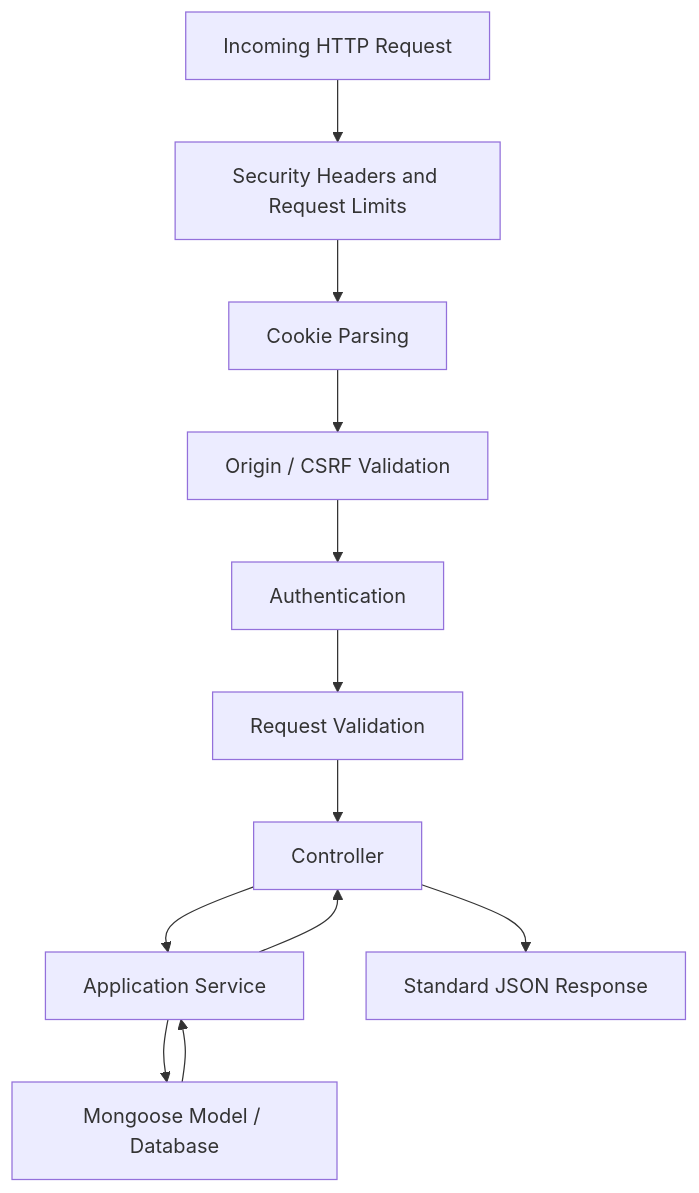
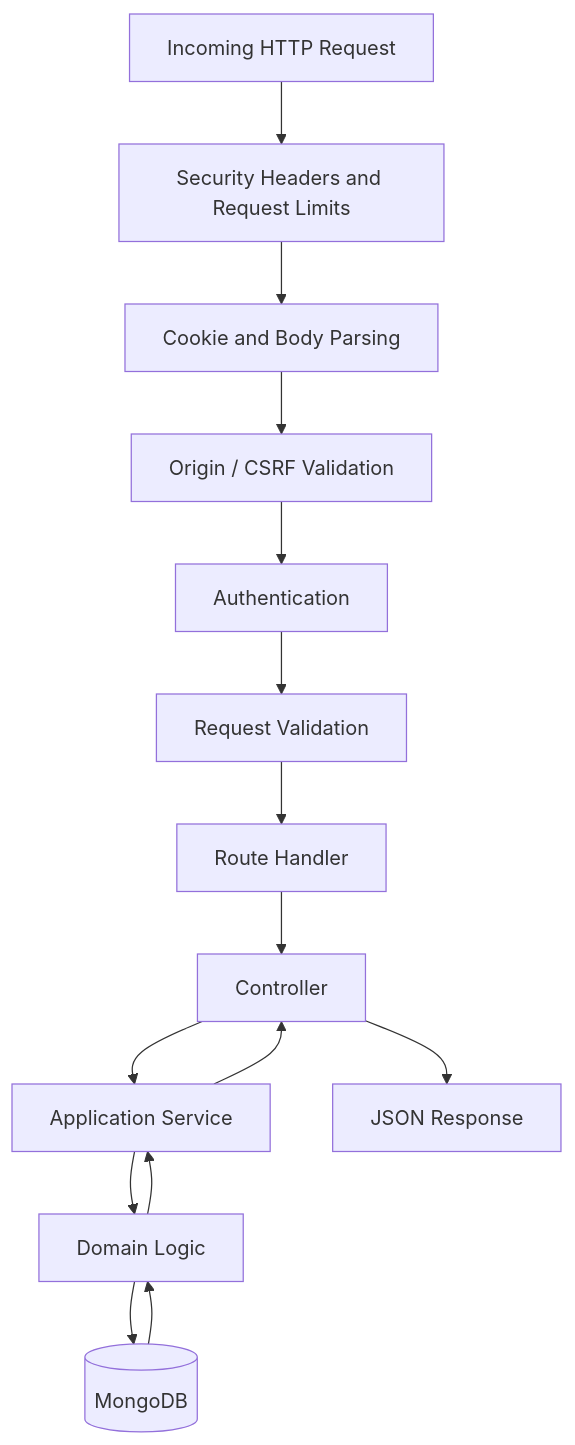
Before and after one commit to Swayam-Aggarwal/ContractGuard: the fourth of 8 diagrams in docs/Architecture.md, drawn with Mermaid. The commit also changed other lines of this file and 32 other files, not shown here.

````diff
--- a/docs/Architecture.md
+++ b/docs/Architecture.md
@@ -310,25 +469,30 @@
 ```mermaid
 flowchart TD
-    Request["Incoming HTTP Request"]
-    Security["Security Headers and Request Limits"]
-    Cookies["Cookie Parsing"]
-    Origin["Origin / CSRF Validation"]
-    Auth["Authentication"]
-    Validate["Request Validation"]
-    Controller["Controller"]
-    Service["Application Service"]
-    Repository["Mongoose Model / Database"]
-    Response["Standard JSON Response"]
+    REQUEST["Incoming HTTP Request"]
+    SECURITY["Security Headers and Request Limits"]
+    PARSE["Cookie and Body Parsing"]
+    ORIGIN["Origin / CSRF Validation"]
+    AUTH["Authentication"]
+    VALIDATE["Request Validation"]
+    ROUTE["Route Handler"]
+    CONTROLLER["Controller"]
+    SERVICE["Application Service"]
+    DOMAIN["Domain Logic"]
+    DB[("MongoDB")]
+    RESPONSE["JSON Response"]
 
-    Request --> Security
-    Security --> Cookies
-    Cookies --> Origin
-    Origin --> Auth
-    Auth --> Validate
-    Validate --> Controller
-    Controller --> Service
-    Service --> Repository
-    Repository --> Service
-    Service --> Controller
-    Controller --> Response
+    REQUEST --> SECURITY
+    SECURITY --> PARSE
+    PARSE --> ORIGIN
+    ORIGIN --> AUTH
+    AUTH --> VALIDATE
+    VALIDATE --> ROUTE
+    ROUTE --> CONTROLLER
+    CONTROLLER --> SERVICE
+    SERVICE --> DOMAIN
+    DOMAIN --> DB
+    DB --> DOMAIN
+    DOMAIN --> SERVICE
+    SERVICE --> CONTROLLER
+    CONTROLLER --> RESPONSE
 ```
````
